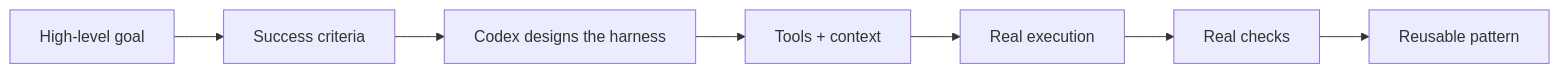
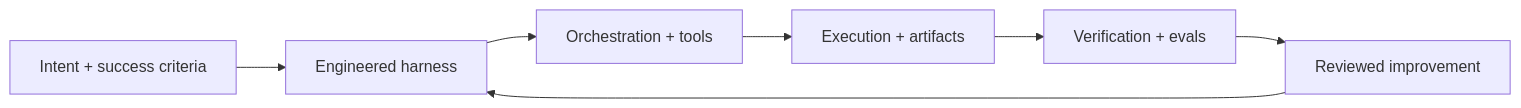
The diagram in README.md (jremick/codexmaxxing), drawn with Mermaid before and after one commit. The commit also changed other lines of this file and 26 other files, not shown here.

````diff
--- a/README.md
+++ b/README.md
@@ -28,9 +29,9 @@
 ```mermaid
 flowchart LR
-  A["High-level goal"] --> B["Success criteria"]
-  B --> C["Codex designs the harness"]
-  C --> D["Tools + context"]
-  D --> E["Real execution"]
-  E --> F["Real checks"]
-  F --> G["Reusable pattern"]
+  A["Intent + success criteria"] --> B["Engineered harness"]
+  B --> C["Orchestration + tools"]
+  C --> D["Execution + artifacts"]
+  D --> E["Verification + evals"]
+  E --> F["Reviewed improvement"]
+  F --> B
 ```
````
